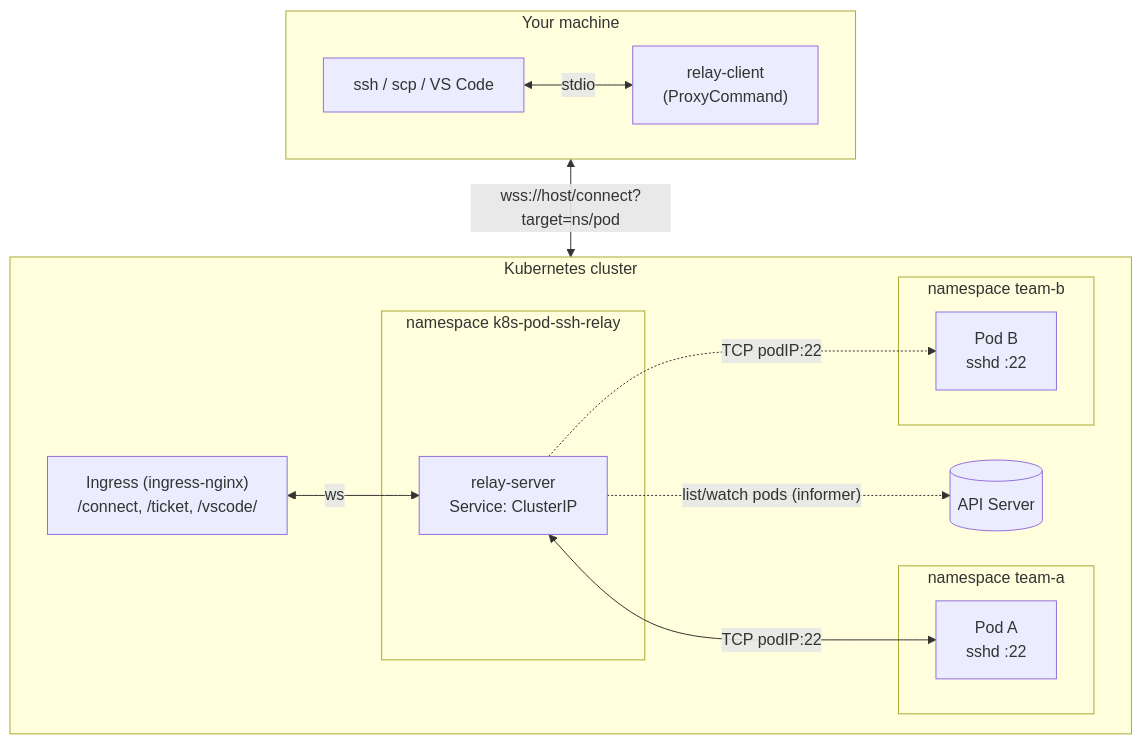
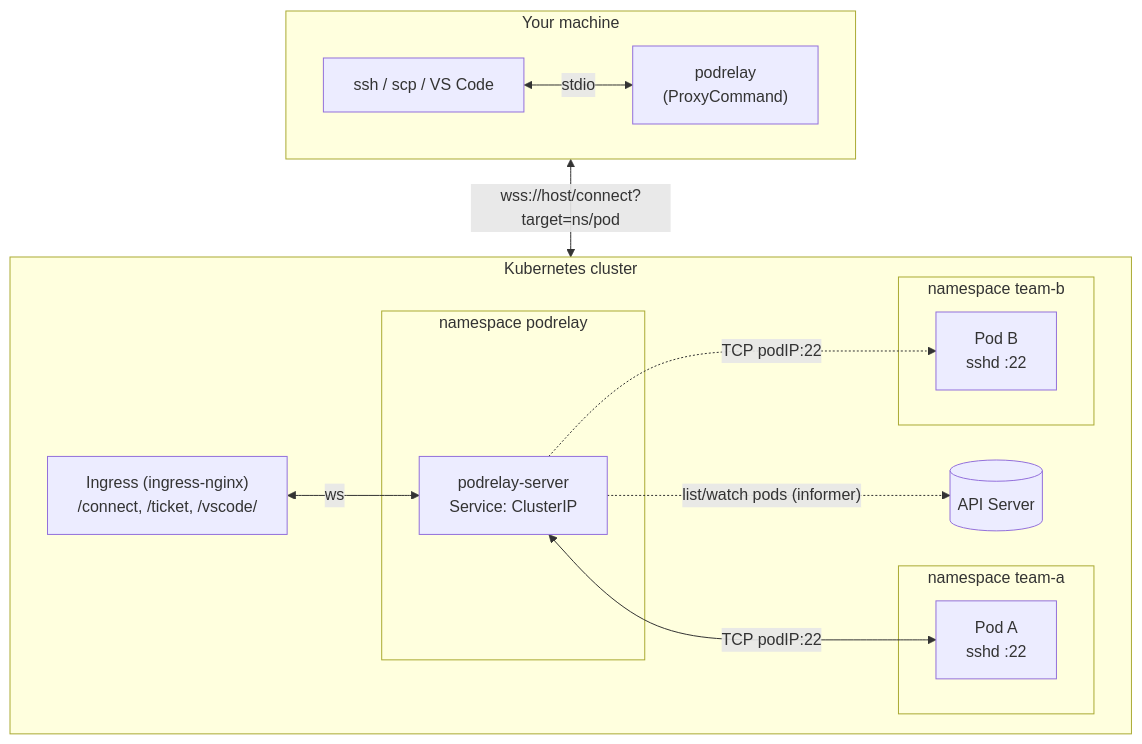
One commit to fqix/k8s-pod-ssh-relay changed the second of 3 diagrams in README.md. Above: the diagram before and after it, drawn with Mermaid. The commit also changed other lines of this file and 41 other files, not shown here.

First line of the commit message:
feat!: rename the project to PodRelay

````diff
--- a/README.md
+++ b/README.md
@@ -33,28 +33,28 @@
 ```mermaid
 flowchart TB
   subgraph local["Your machine"]
     direction LR
-    ssh["ssh / scp / VS Code"] <-->|stdio| client["relay-client<br/>(ProxyCommand)"]
+    ssh["ssh / scp / VS Code"] <-->|stdio| client["podrelay<br/>(ProxyCommand)"]
   end
 
   subgraph cluster["Kubernetes cluster"]
     direction LR
     ingress["Ingress (ingress-nginx)<br/>/connect, /ticket, /vscode/"]
     api[("API Server")]
-    subgraph ns["namespace k8s-pod-ssh-relay"]
-      relay["relay-server<br/>Service: ClusterIP"]
+    subgraph ns["namespace podrelay"]
+      relay["podrelay-server<br/>Service: ClusterIP"]
     end
     subgraph nsA["namespace team-a"]
       podA["Pod A<br/>sshd :22"]
     end
     subgraph nsB["namespace team-b"]
       podB["Pod B<br/>sshd :22"]
     end
     ingress <-->|ws| relay
     relay <-->|"TCP podIP:22"| podA
     relay -. "TCP podIP:22" .-> podB
     relay -. "list/watch pods (informer)" .-> api
   end
 
   local <-->|"wss://host/connect?target=ns/pod"| cluster
 ```
````
